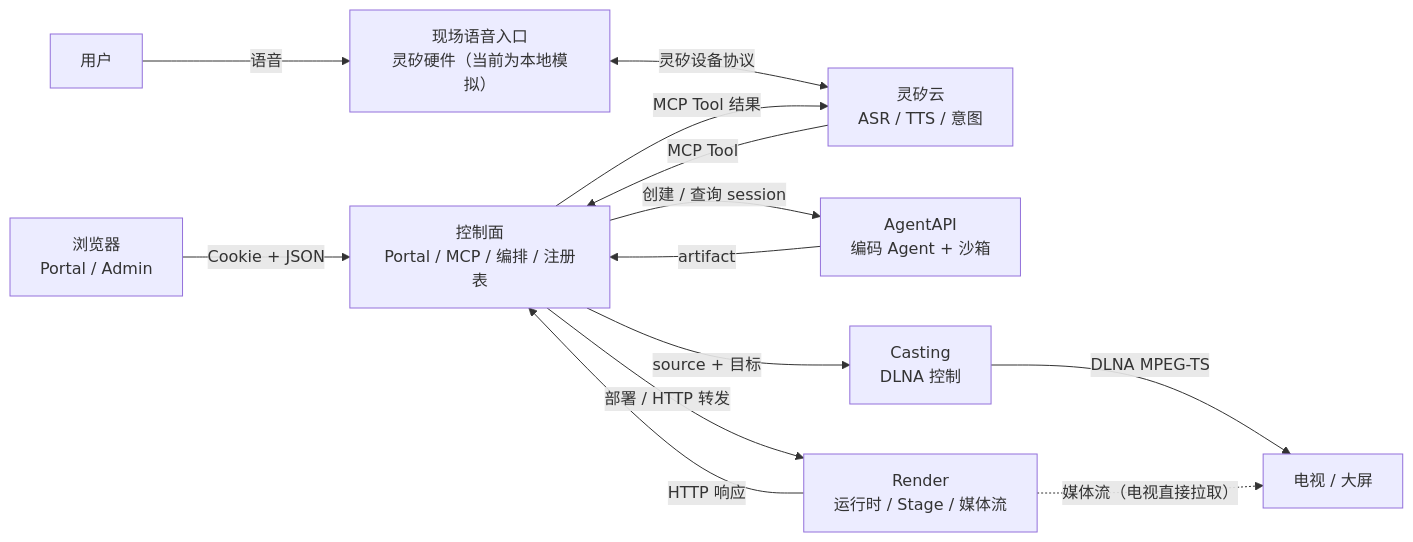
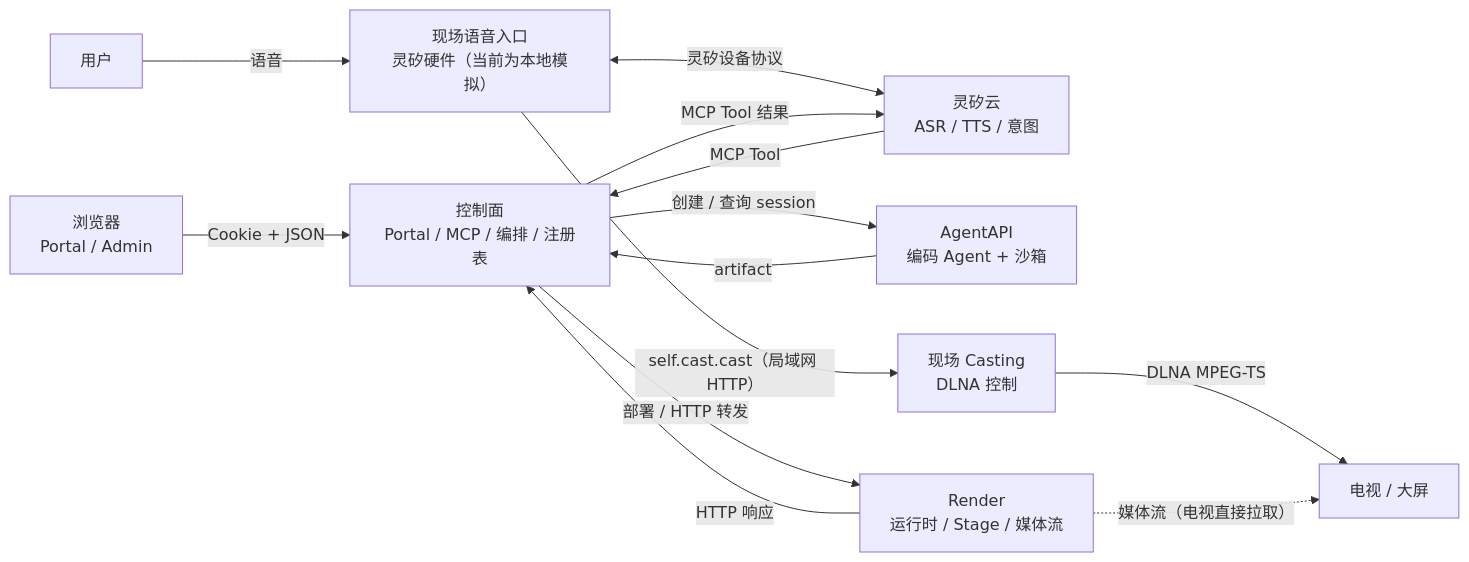
Before and after one commit to open-anywhere/open-anywhere: the diagram in docs/architecture/overview.md, drawn with Mermaid. The commit also changed other lines of this file and 35 other files, not shown here.

````diff
--- a/docs/architecture/overview.md
+++ b/docs/architecture/overview.md
@@ -86,15 +87,15 @@
 ```mermaid
 flowchart LR
   B["浏览器<br/>Portal / Admin"] -->|Cookie + JSON| C
   U["用户"] -->|语音| V["现场语音入口<br/>灵矽硬件（当前为本地模拟）"]
   V <-->|灵矽设备协议| L["灵矽云<br/>ASR / TTS / 意图"]
   L -->|MCP Tool| C["控制面<br/>Portal / MCP / 编排 / 注册表"]
   C -->|创建 / 查询 session| A["AgentAPI<br/>编码 Agent + 沙箱"]
   A -->|artifact| C
   C -->|部署 / HTTP 转发| R["Render<br/>运行时 / Stage / 媒体流"]
   R -->|HTTP 响应| C
   C -->|MCP Tool 结果| L
-  C -->|source + 目标| P["Casting<br/>DLNA 控制"]
+  V -->|self.cast.cast（局域网 HTTP）| P["现场 Casting<br/>DLNA 控制"]
   P -->|DLNA MPEG-TS| T["电视 / 大屏"]
   R -.->|媒体流（电视直接拉取）| T
 ```
````
